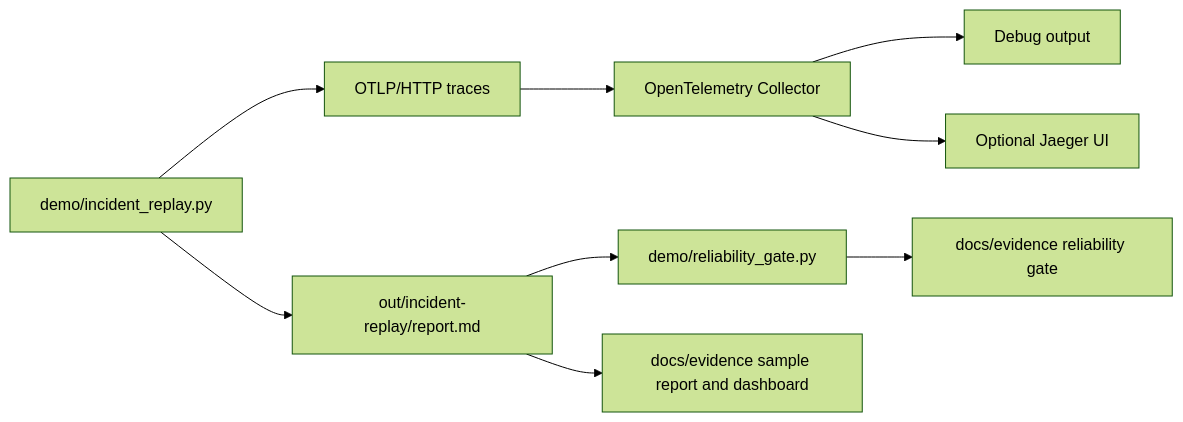
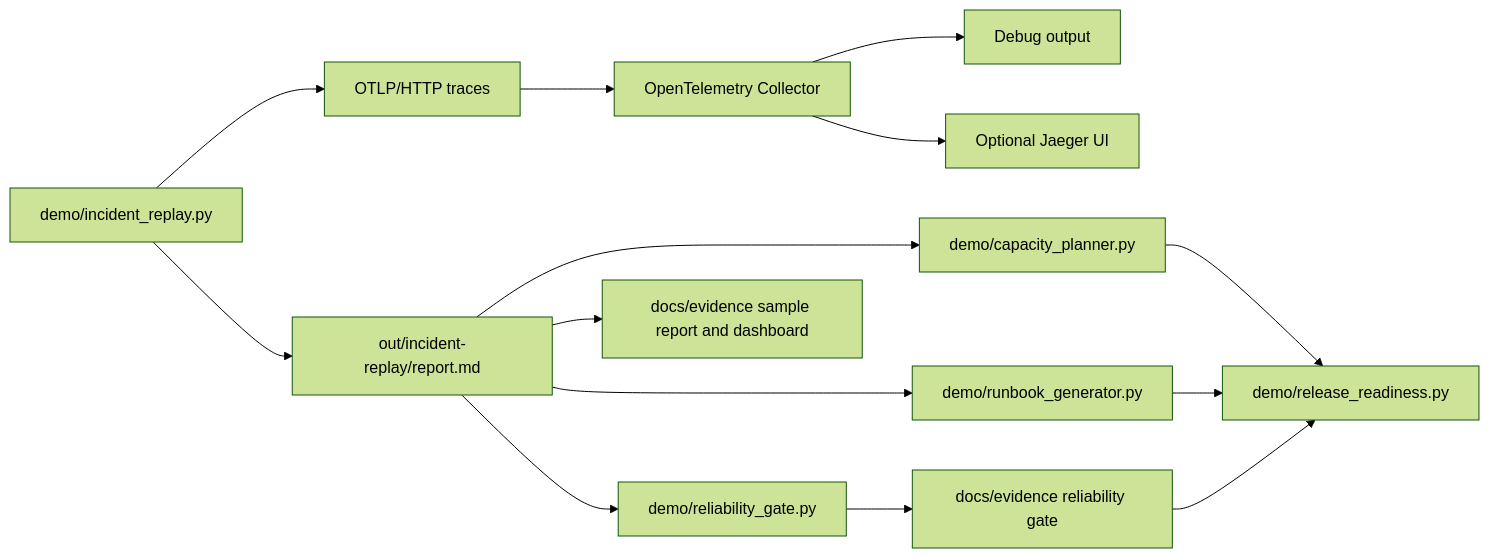
The diagram in docs/architecture/incident-replay.md (Haihan-Jiang/gke-ai-workload-observability-recipes), drawn with Mermaid (forest theme) before and after one commit. The commit also changed other lines of this file and 25 other files, not shown here.

````diff
--- a/docs/architecture/incident-replay.md
+++ b/docs/architecture/incident-replay.md
@@ -9,11 +9,16 @@
 ```mermaid
 flowchart LR
 replay["demo/incident_replay.py"] --> otlp["OTLP/HTTP traces"]
 otlp --> collector["OpenTelemetry Collector"]
 collector --> debug["Debug output"]
 collector --> jaeger["Optional Jaeger UI"]
 replay --> report["out/incident-replay/report.md"]
 report --> gate["demo/reliability_gate.py"]
 gate --> gateEvidence["docs/evidence reliability gate"]
+report --> capacity["demo/capacity_planner.py"]
+report --> runbooks["demo/runbook_generator.py"]
+capacity --> readiness["demo/release_readiness.py"]
+runbooks --> readiness
+gateEvidence --> readiness
 report --> evidence["docs/evidence sample report and dashboard"]
 ```
````
